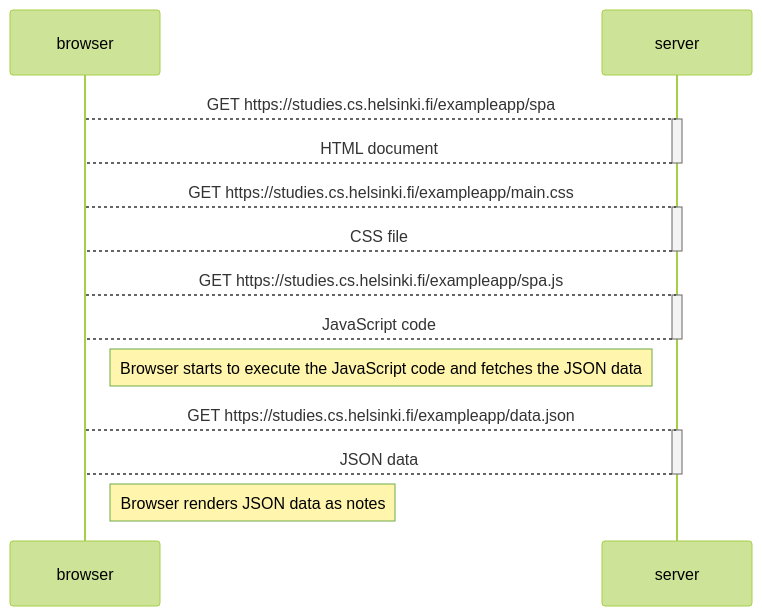
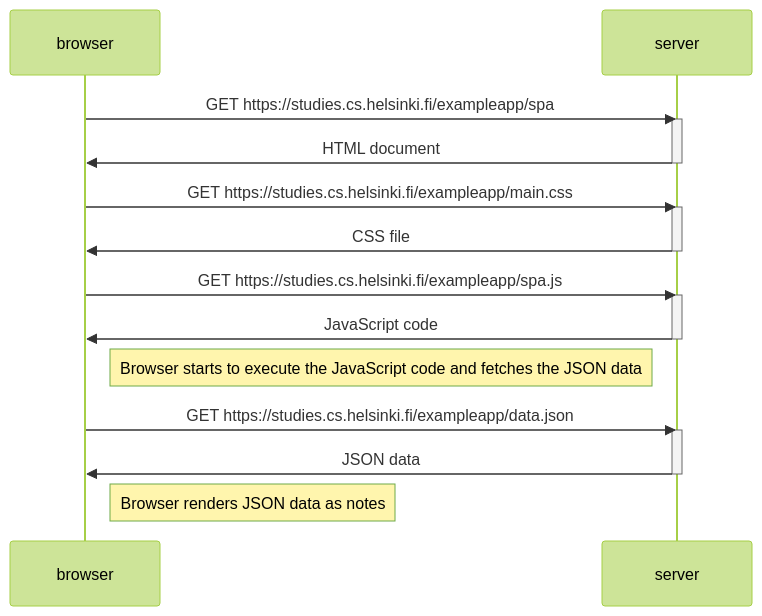
The diagram in Osio_00/tehtävä-0-5.md (RoopeKantola/FullStack_kurssi), drawn with Mermaid (forest theme) before and after one commit. The commit also changed 1 other file, not shown here.

Commit message:
Korjattu tehtäviä 0-5 ja 0-6

````diff
--- a/Osio_00/tehtävä-0-5.md
+++ b/Osio_00/tehtävä-0-5.md
@@ -1,29 +1,29 @@
 ```mermaid
 sequenceDiagram
     participant browser
     participant server
 
-    browser-->server: GET https://studies.cs.helsinki.fi/exampleapp/spa
+    browser->>server: GET https://studies.cs.helsinki.fi/exampleapp/spa
     activate server
-    server-->browser: HTML document
+    server->>browser: HTML document
     deactivate server
 
-    browser-->server: GET https://studies.cs.helsinki.fi/exampleapp/main.css
+    browser->>server: GET https://studies.cs.helsinki.fi/exampleapp/main.css
     activate server
-    server-->browser: CSS file
+    server->>browser: CSS file
     deactivate server
 
-    browser-->server: GET https://studies.cs.helsinki.fi/exampleapp/spa.js
+    browser->>server: GET https://studies.cs.helsinki.fi/exampleapp/spa.js
     activate server
-    server-->browser: JavaScript code
+    server->>browser: JavaScript code
     deactivate server
 
     Note right of browser: Browser starts to execute the JavaScript code and fetches the JSON data
 
-    browser-->server: GET https://studies.cs.helsinki.fi/exampleapp/data.json
+    browser->>server: GET https://studies.cs.helsinki.fi/exampleapp/data.json
     activate server
-    server-->browser: JSON data
+    server->>browser: JSON data
     deactivate server
 
     Note right of browser: Browser renders JSON data as notes
 ``` 
````
